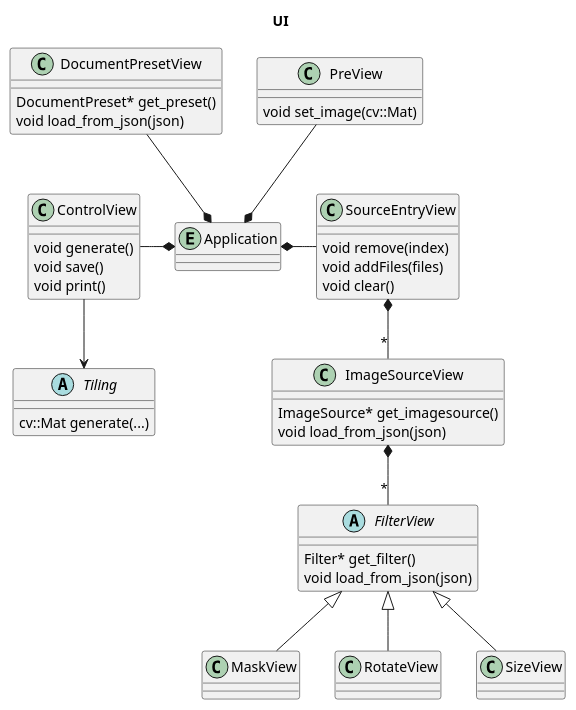
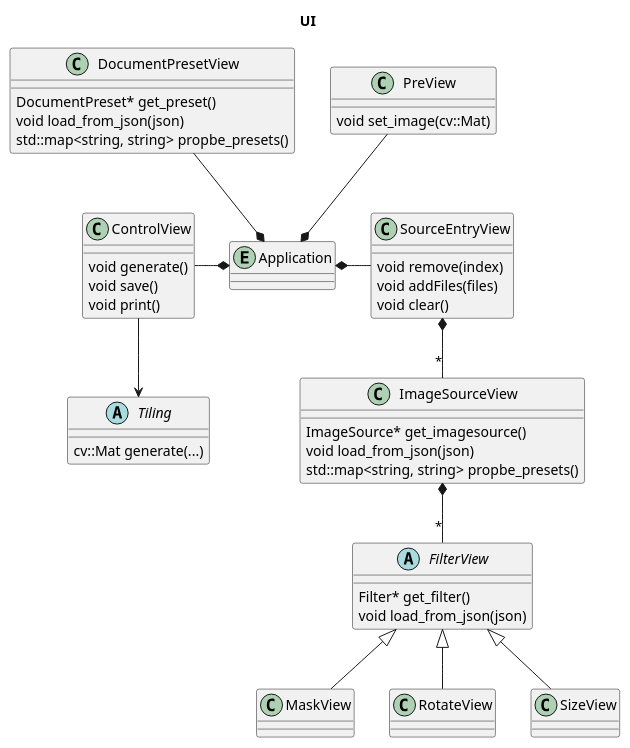
One commit to Gilgames32/printf changed the diagram in uml/ui.puml. Above: the diagram before and after it, drawn with PlantUML. The commit also changed 3 other files, not shown here.

```diff
--- a/uml/ui.puml
+++ b/uml/ui.puml
@@ -1,66 +1,68 @@
 @startuml ui
 
 title UI
 
 entity Application {
 }
 
 
 class SourceEntryView {
     void remove(index)
     void addFiles(files)
     void clear()
 }
 Application *- SourceEntryView
 
 class ImageSourceView {
     ImageSource* get_imagesource()
     void load_from_json(json)
+    std::map<string, string> propbe_presets()
 }
 SourceEntryView *-- "*" ImageSourceView
 
 abstract FilterView {
     Filter* get_filter()
     void load_from_json(json)
 }
 ImageSourceView *-- "*" FilterView
 
 class MaskView {
 }
 FilterView <|-- MaskView
 
 class RotateView {
 }
 FilterView <|-- RotateView
 
 class SizeView {
 }
 FilterView <|-- SizeView
 
 
 class DocumentPresetView {
     DocumentPreset* get_preset()
     void load_from_json(json)
+    std::map<string, string> propbe_presets()
 }
 DocumentPresetView --* Application
 
 
 class ControlView {
     void generate()
     void save()
     void print()
 }
 ControlView -* Application
 
 class PreView{
     void set_image(cv::Mat)
 }
 PreView --* Application
 
 
 abstract Tiling {
     cv::Mat generate(...)
 }
 ControlView --> Tiling
 
 @enduml
```
